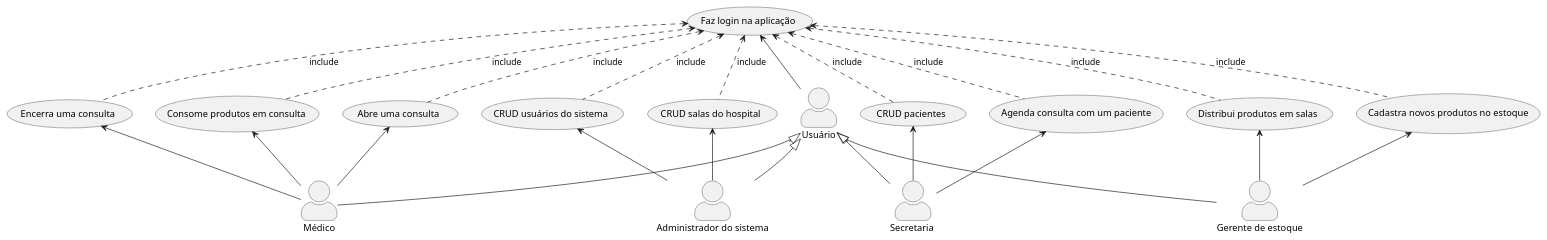
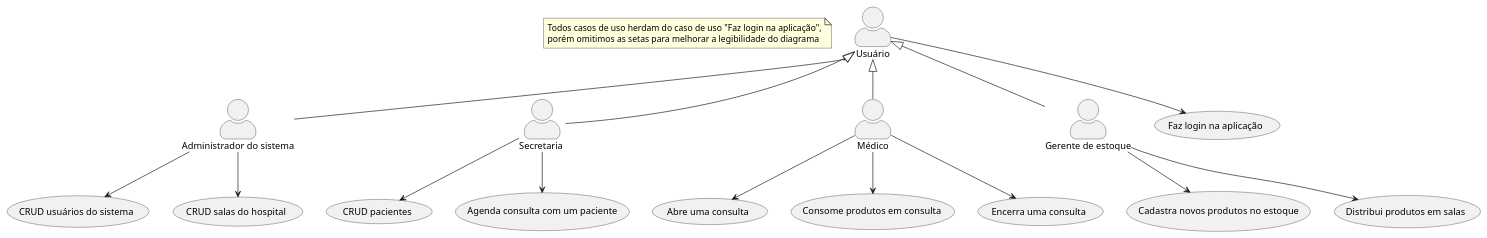
The diagram in docs/use-cases.puml (vaniacourses/projeto-software-robson-caetano), drawn with PlantUML before and after one commit.

Commit message:
omit login case extensions

```diff
--- a/docs/use-cases.puml
+++ b/docs/use-cases.puml
@@ -1,58 +1,54 @@
 @startuml
 
 skinparam actorStyle awesome
+
+note as N1
+  Todos casos de uso herdam do caso de uso "Faz login na aplicação",
+  porém omitimos as setas para melhorar a legibilidade do diagrama
+end note
 
 "Administrador do sistema" as admin
 "Secretaria " as secretaria
 "Médico" as medico
 "Gerente de estoque" as gerente
 "Usuário" as usuario
 
 "CRUD usuários do sistema" as (crud usuario)
 
 "CRUD salas do hospital" as (crud salas)
 
 "Cadastra novos produtos no estoque" as (cadastra produtos)
 "Distribui produtos em salas" as (distribui produtos)
 
 "CRUD pacientes" as (crud pacientes)
 
 "Agenda consulta com um paciente" as (agenda consulta)
 
 "Abre uma consulta" as (abre consulta)
 "Consome produtos em consulta" as (consome produtos)
 "Encerra uma consulta" as (encerra consulta)
 
 "Faz login na aplicação" as (login)
 
 usuario <|-- admin
 usuario <|-- secretaria
 usuario <|-- medico
 usuario <|-- gerente
 
-usuario -up-> (login)
+usuario -down-> (login)
 
-admin -up-> (crud usuario)
-(crud usuario) .up.> (login) : include
+admin -down-> (crud usuario)
 
-admin -up-> (crud salas)
-(crud salas) .up.> (login) : include
+admin -down-> (crud salas)
 
-gerente -up-> (cadastra produtos)
-gerente -up-> (distribui produtos)
-(cadastra produtos) .up.> (login) : include
-(distribui produtos) .up.> (login) : include
+gerente -down-> (cadastra produtos)
+gerente -down-> (distribui produtos)
 
-secretaria -up-> (agenda consulta)
-secretaria -up-> (crud pacientes)
-(agenda consulta) .up.> (login) : include
-(crud pacientes) .up.> (login) : include
+secretaria -down-> (agenda consulta)
+secretaria -down-> (crud pacientes)
 
-medico -up-> (abre consulta) 
-medico -up-> (consome produtos)
-medico -up-> (encerra consulta) 
-(abre consulta) .up.> (login) : include
-(consome produtos) .up.> (login) : include
-(encerra consulta) .up.> (login) : include
+medico -down-> (abre consulta) 
+medico -down-> (consome produtos)
+medico -down-> (encerra consulta) 
 
 @enduml
```
